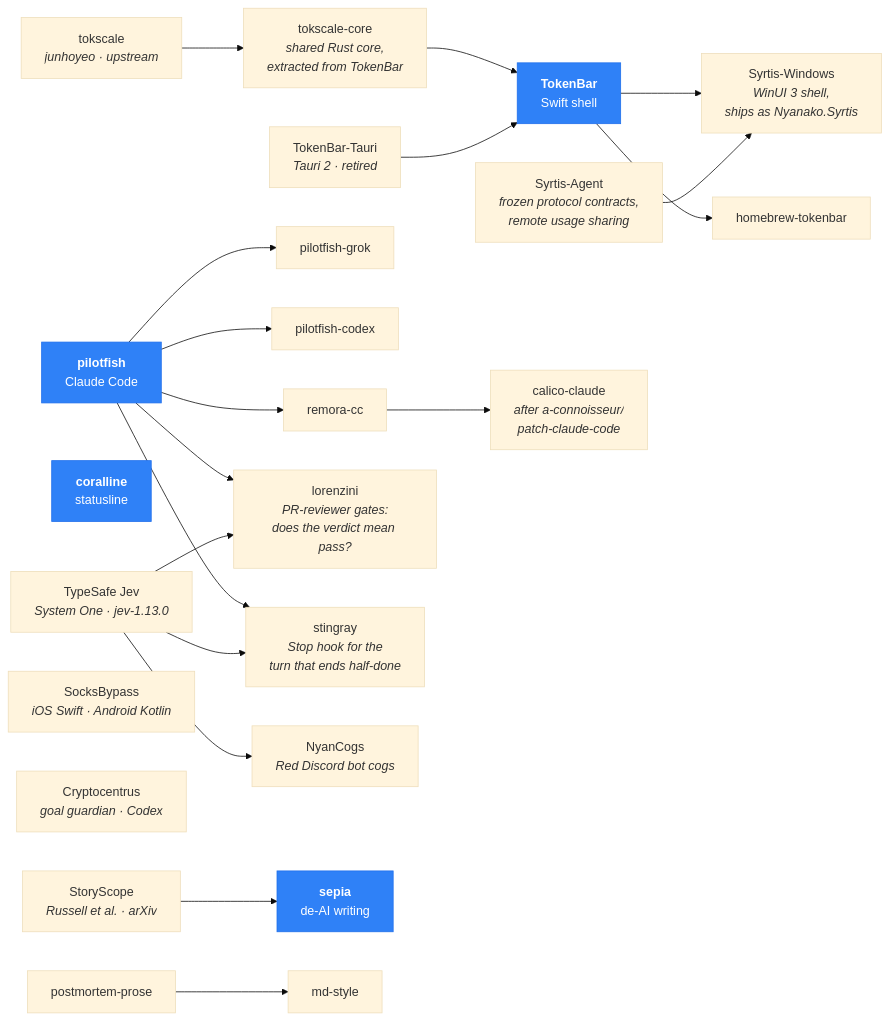
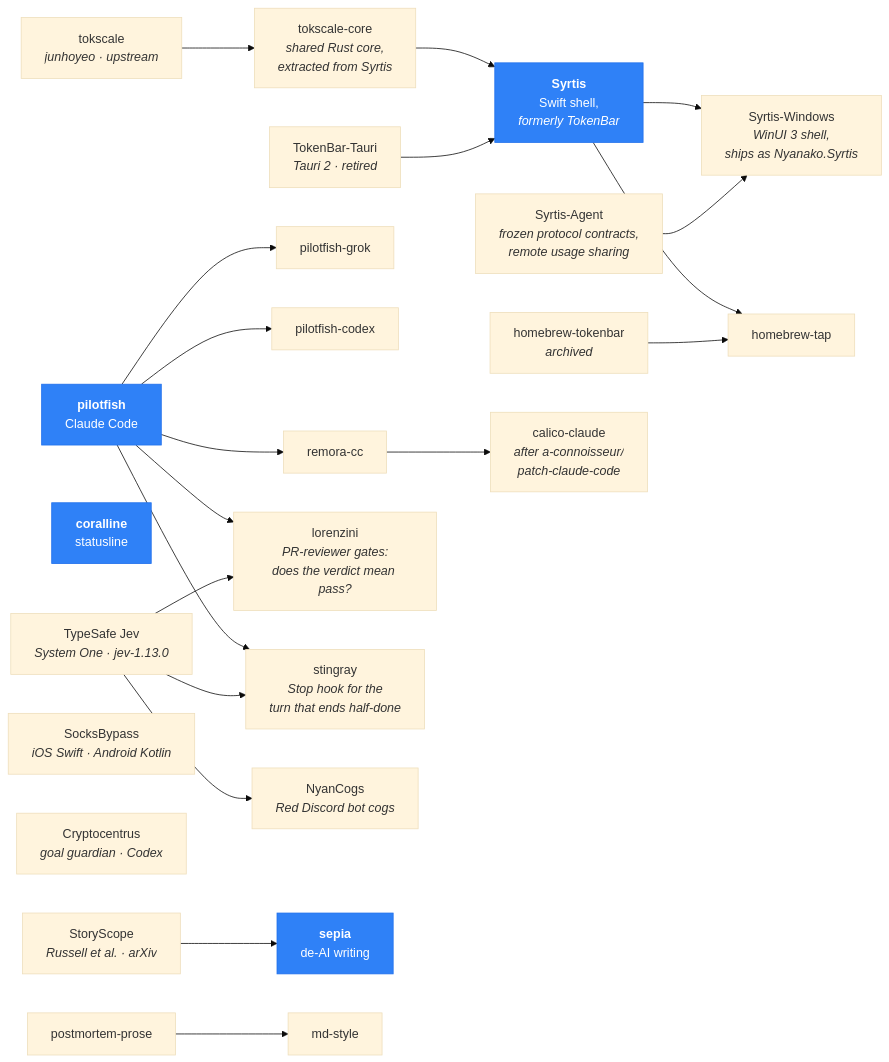
One commit to Nanako0129/Nanako0129 changed the diagram in README.md. Above: the diagram before and after it, drawn with Mermaid (base theme). The commit also changed other lines of this file, not shown here.

First line of the commit message:
docs(readme): call the menu-bar app Syrtis now that v2.0 ships under that name

````diff
--- a/README.md
+++ b/README.md
@@ -118,29 +119,30 @@
 ```mermaid
 graph LR
-  TS["tokscale<br/><i>junhoyeo · upstream</i>"] --> TC["tokscale-core<br/><i>shared Rust core,<br/>extracted from TokenBar</i>"]
+  TS["tokscale<br/><i>junhoyeo · upstream</i>"] --> TC["tokscale-core<br/><i>shared Rust core,<br/>extracted from Syrtis</i>"]
   TC --> T2
-  T1["TokenBar-Tauri<br/><i>Tauri 2 · retired</i>"] --> T2["<b>TokenBar</b><br/>Swift shell"]
+  T1["TokenBar-Tauri<br/><i>Tauri 2 · retired</i>"] --> T2["<b>Syrtis</b><br/>Swift shell,<br/><i>formerly TokenBar</i>"]
   T2 --> T3["Syrtis-Windows<br/><i>WinUI 3 shell,<br/>ships as Nyanako.Syrtis</i>"]
-  T2 --> T4["homebrew-tokenbar"]
+  T2 --> T4["homebrew-tap"]
+  T5["homebrew-tokenbar<br/><i>archived</i>"] --> T4
   SY["Syrtis-Agent<br/><i>frozen protocol contracts,<br/>remote usage sharing</i>"] --> T3
 
   P1["<b>pilotfish</b><br/>Claude Code"] --> P2["pilotfish-grok"]
   P1 --> P3["pilotfish-codex"]
   P1 --> P4["remora-cc"]
   P4 --> P5["calico-claude<br/><i>after a-connoisseur/<br/>patch-claude-code</i>"]
   P1 --> L1["lorenzini<br/><i>PR-reviewer gates:<br/>does the verdict mean pass?</i>"]
   P1 --> ST["stingray<br/><i>Stop hook for the<br/>turn that ends half-done</i>"]
 
   C1["<b>coralline</b><br/>statusline"]
   JV["TypeSafe Jev<br/><i>System One · jev-1.13.0</i>"] --> L1
   JV --> ST
   JV --> N1["NyanCogs<br/><i>Red Discord bot cogs</i>"]
   S1["SocksBypass<br/><i>iOS Swift · Android Kotlin</i>"]
   CR["Cryptocentrus<br/><i>goal guardian · Codex</i>"]
 
   SS["StoryScope<br/><i>Russell et al. · arXiv</i>"] --> W3["<b>sepia</b><br/>de-AI writing"]
   W1["postmortem-prose"] --> W2["md-style"]
 
   classDef flagship fill:#2f81f7,stroke:#1f6feb,color:#fff
   class T2,P1,C1,W3 flagship
 ```
````
